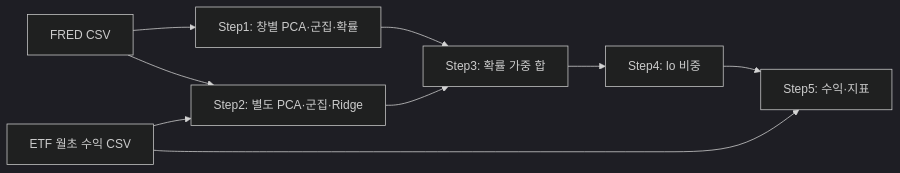
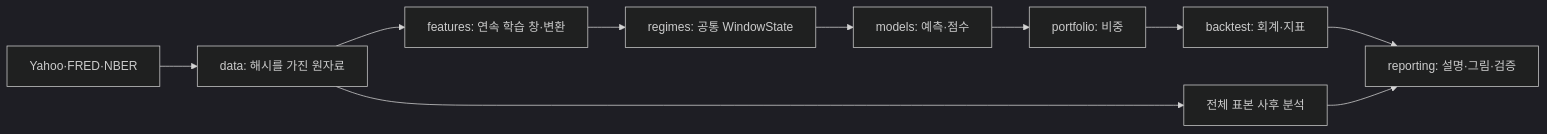
The diagram in docs/architecture.md (financeis/Seminar_final), drawn with Mermaid (dark theme) before and after one commit. The commit also changed other lines of this file and 34 other files, not shown here.

````diff
--- a/docs/architecture.md
+++ b/docs/architecture.md
@@ -7,11 +5,12 @@
 ```mermaid
 flowchart LR
-    F[FRED CSV] --> S1[Step1: 창별 PCA·군집·확률]
-    F --> S2[Step2: 별도 PCA·군집·Ridge]
-    E[ETF 월초 수익 CSV] --> S2
-    S1 --> S3[Step3: 확률 가중 합]
-    S2 --> S3
-    S3 --> S4[Step4: lo 비중]
-    S4 --> S5[Step5: 수익·지표]
-    E --> S5
+    A[Yahoo·FRED·NBER] --> B[data: 해시를 가진 원자료]
+    B --> C[features: 연속 학습 창·변환]
+    C --> D[regimes: 공통 WindowState]
+    D --> E[models: 예측·점수]
+    E --> F[portfolio: 비중]
+    F --> G[backtest: 회계·지표]
+    G --> H[reporting: 설명·그림·검증]
+    B --> I[전체 표본 사후 분석]
+    I --> H
 ```
````
